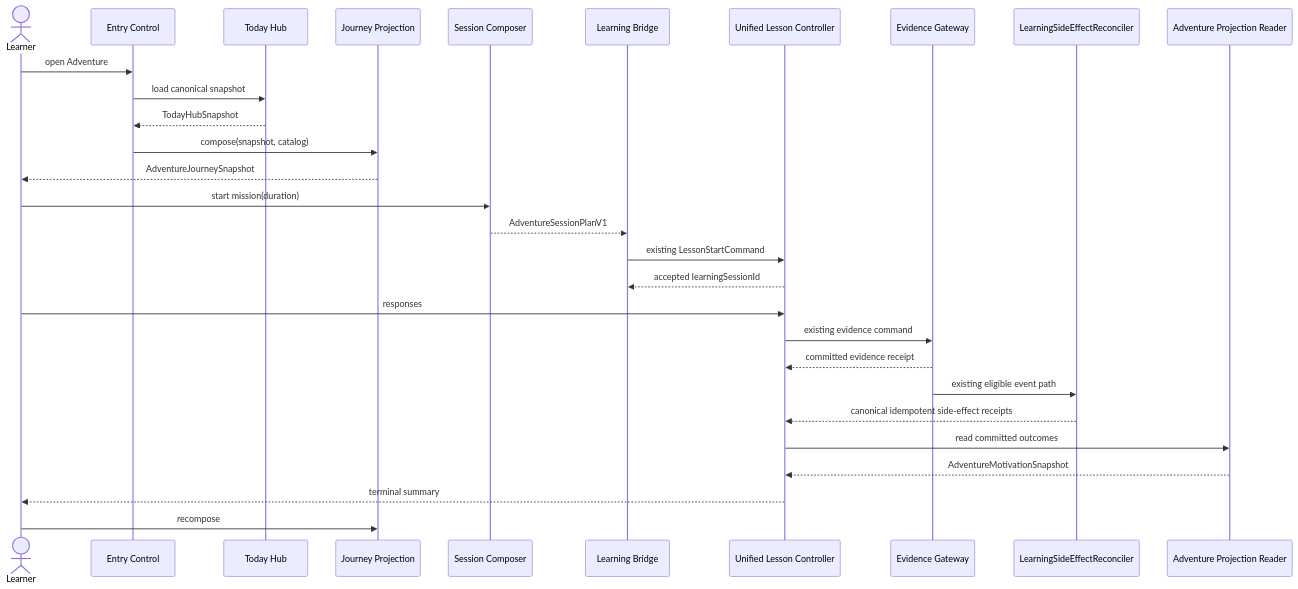
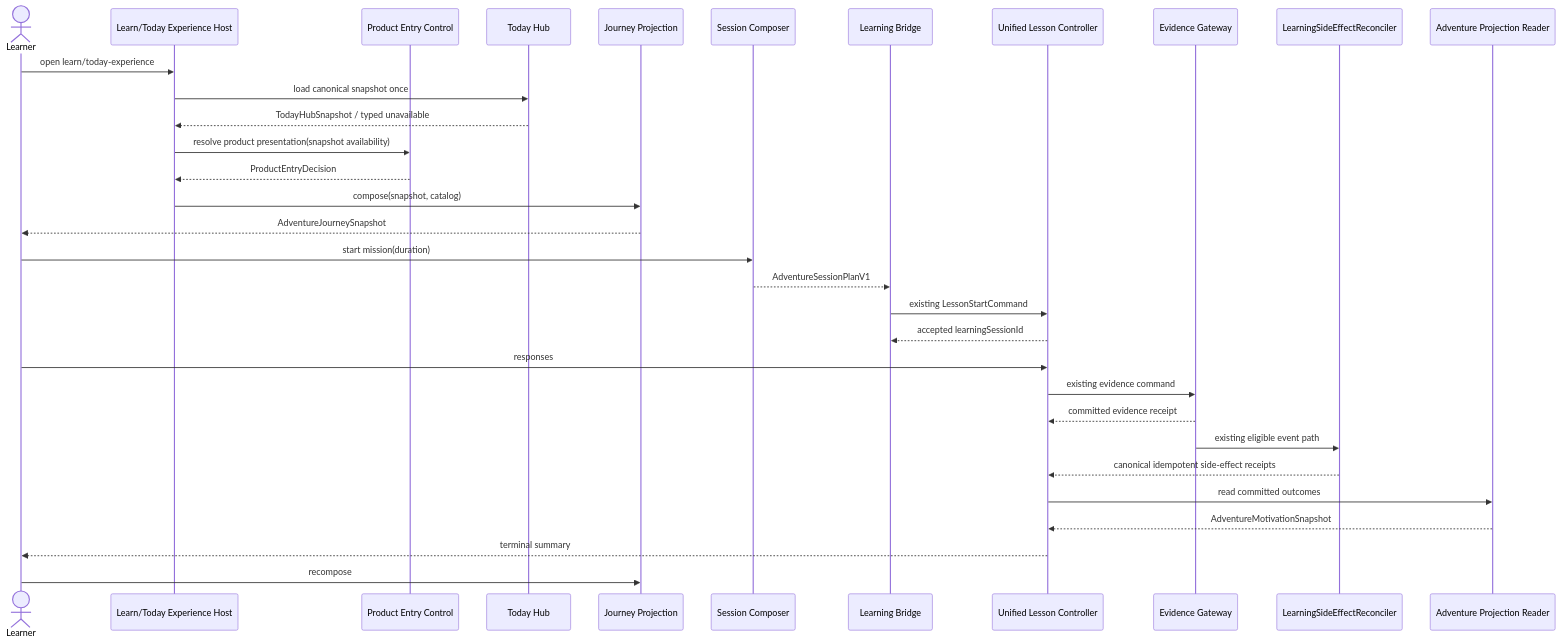
The second of 4 diagrams in docs/adventure-motivation-mode/03-sds.md (Phoomxo/LexiQuest), drawn with Mermaid before and after one commit. The commit also changed other lines of this file and 14 other files, not shown here.

Commit message:
docs: resolve adventure planning review

````diff
--- a/docs/adventure-motivation-mode/03-sds.md
+++ b/docs/adventure-motivation-mode/03-sds.md
@@ -675,31 +717,34 @@
 ```mermaid
 sequenceDiagram
   actor L as Learner
-  participant E as Entry Control
+  participant H as Learn/Today Experience Host
+  participant E as Product Entry Control
   participant T as Today Hub
   participant J as Journey Projection
   participant C as Session Composer
   participant B as Learning Bridge
   participant U as Unified Lesson Controller
   participant G as Evidence Gateway
   participant R as LearningSideEffectReconciler
   participant P as Adventure Projection Reader
-  L->>E: open Adventure
-  E->>T: load canonical snapshot
-  T-->>E: TodayHubSnapshot
-  E->>J: compose(snapshot, catalog)
+  L->>H: open learn/today-experience
+  H->>T: load canonical snapshot once
+  T-->>H: TodayHubSnapshot / typed unavailable
+  H->>E: resolve product presentation(snapshot availability)
+  E-->>H: ProductEntryDecision
+  H->>J: compose(snapshot, catalog)
   J-->>L: AdventureJourneySnapshot
   L->>C: start mission(duration)
   C-->>B: AdventureSessionPlanV1
   B->>U: existing LessonStartCommand
   U-->>B: accepted learningSessionId
   L->>U: responses
   U->>G: existing evidence command
   G-->>U: committed evidence receipt
   G->>R: existing eligible event path
   R-->>U: canonical idempotent side-effect receipts
   U->>P: read committed outcomes
   P-->>U: AdventureMotivationSnapshot
   U-->>L: terminal summary
   L->>J: recompose
 ```
````
